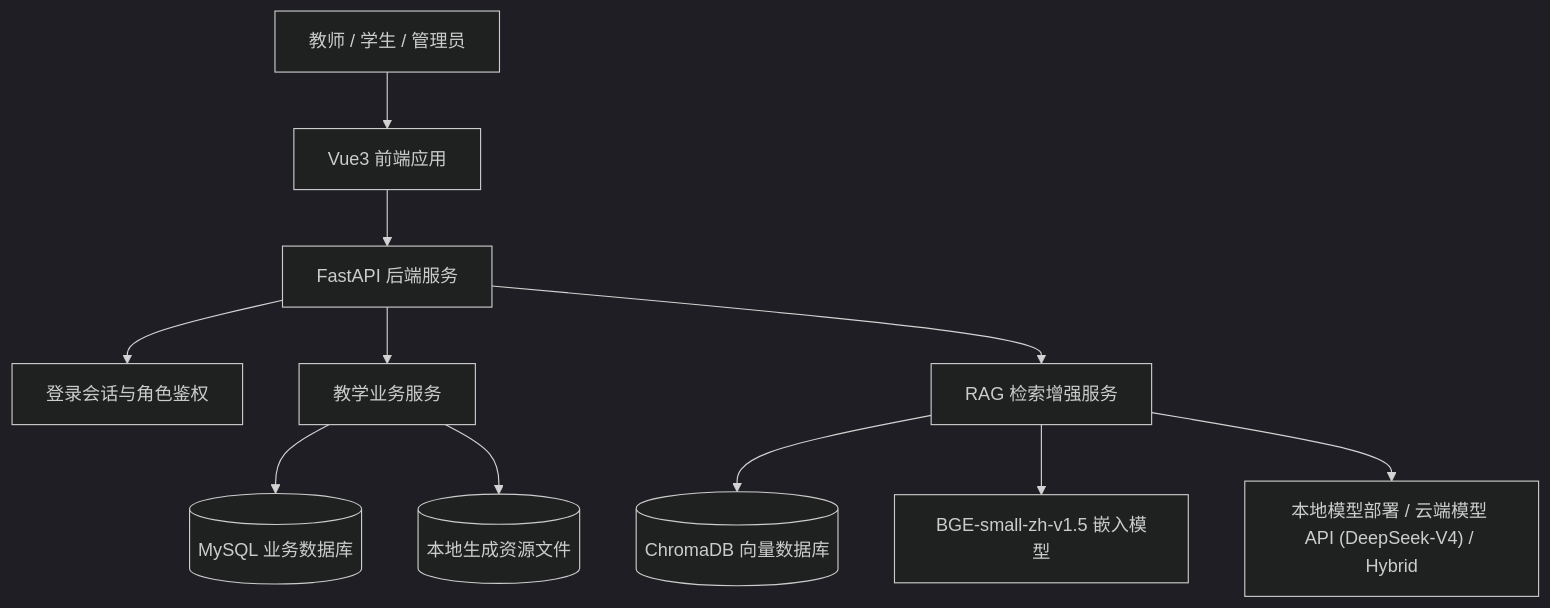
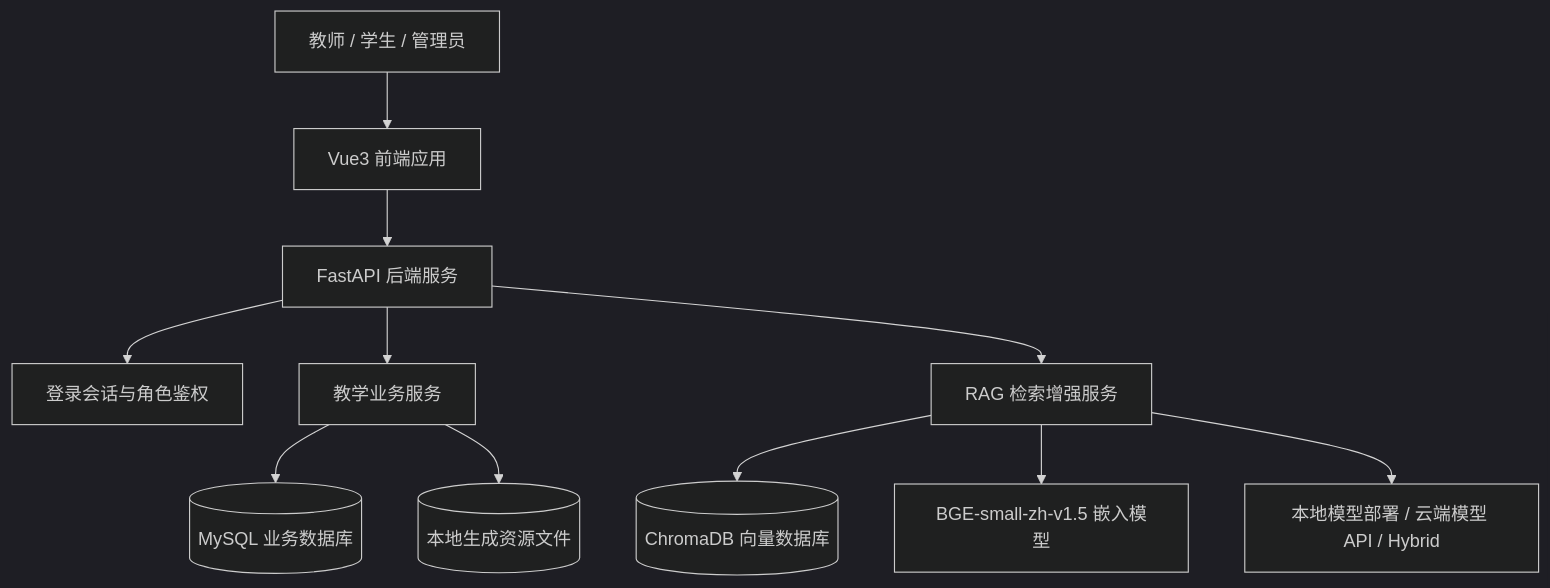
The first of 3 diagrams in README.md (SPM-PSP/SPM26-10), drawn with Mermaid (dark theme) before and after one commit. The commit also changed other lines of this file, not shown here.

Commit message:
更新README

````diff
--- a/README.md
+++ b/README.md
@@ -93,15 +93,15 @@
 ```mermaid
 flowchart TB
     User["教师 / 学生 / 管理员"] --> Frontend["Vue3 前端应用"]
     Frontend --> Backend["FastAPI 后端服务"]
 
     Backend --> Auth["登录会话与角色鉴权"]
     Backend --> Service["教学业务服务"]
     Backend --> RAG["RAG 检索增强服务"]
 
     Service --> MySQL[(MySQL 业务数据库)]
     Service --> Files[(本地生成资源文件)]
     RAG --> Chroma[(ChromaDB 向量数据库)]
     RAG --> Embed["BGE-small-zh-v1.5 嵌入模型"]
-    RAG --> LLM["本地模型部署 / 云端模型 API (DeepSeek-V4) / Hybrid"]
+    RAG --> LLM["本地模型部署 / 云端模型 API / Hybrid"]
 ```
````
